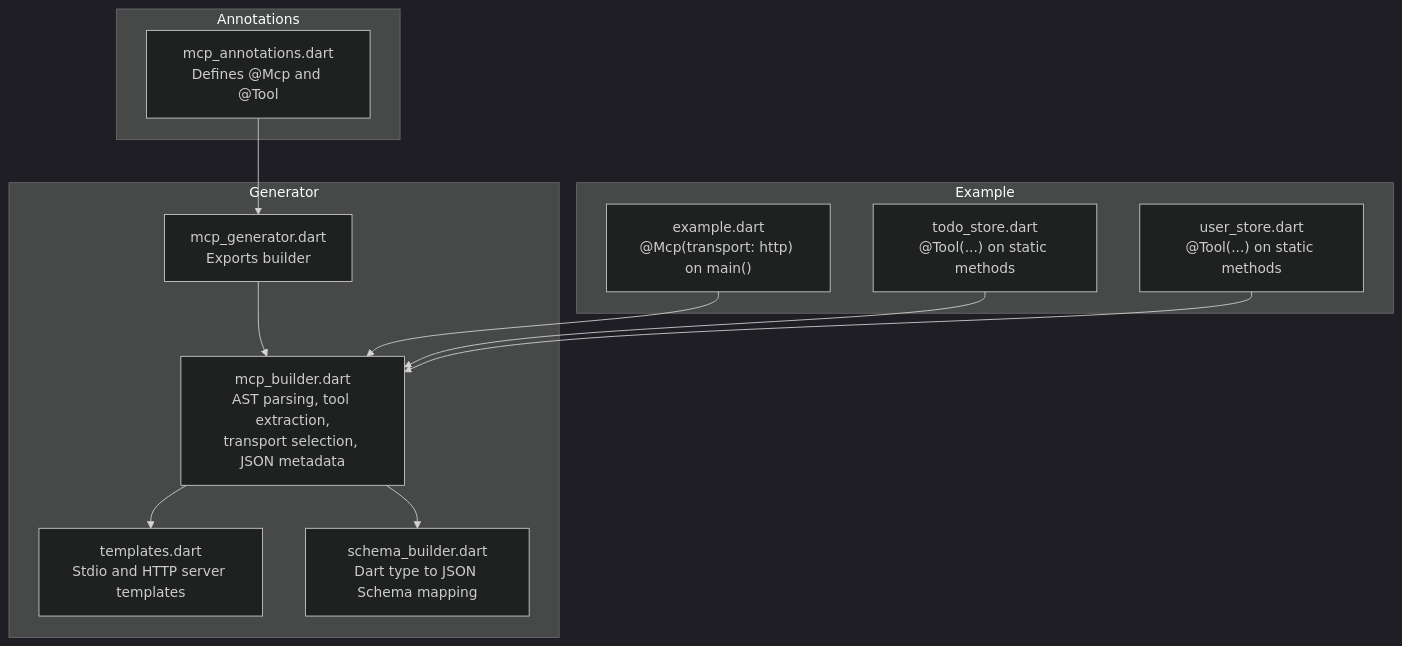
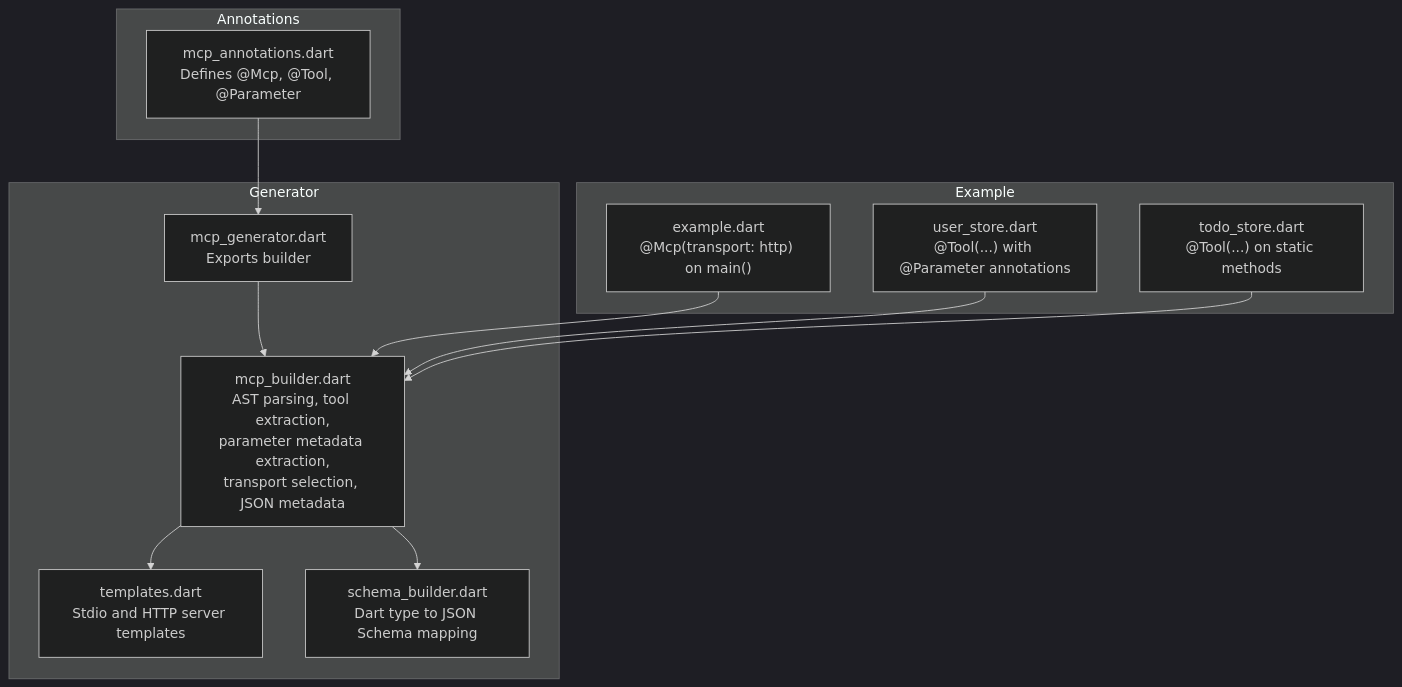
One commit to cdavis-code/easy_mcp_workspace changed the first of 3 diagrams in .qoder/repowiki/en/content/Annotations Reference/Annotations Reference.md. Above: the diagram before and after it, drawn with Mermaid (dark theme). The commit also changed other lines of this file and 4 other files, not shown here.

````diff
--- a/.qoder/repowiki/en/content/Annotations Reference/Annotations Reference.md
+++ b/.qoder/repowiki/en/content/Annotations Reference/Annotations Reference.md
@@ -44,24 +58,24 @@
 ```mermaid
 graph TB
 subgraph "Annotations"
-A["mcp_annotations.dart<br/>Defines @Mcp and @Tool"]
+A["mcp_annotations.dart<br/>Defines @Mcp, @Tool, @Parameter"]
 end
 subgraph "Generator"
 B["mcp_generator.dart<br/>Exports builder"]
-C["mcp_builder.dart<br/>AST parsing, tool extraction,<br/>transport selection, JSON metadata"]
+C["mcp_builder.dart<br/>AST parsing, tool extraction,<br/>parameter metadata extraction,<br/>transport selection, JSON metadata"]
 D["templates.dart<br/>Stdio and HTTP server templates"]
 E["schema_builder.dart<br/>Dart type to JSON Schema mapping"]
 end
 subgraph "Example"
 F["example.dart<br/>@Mcp(transport: http) on main()"]
-G["todo_store.dart<br/>@Tool(...) on static methods"]
-H["user_store.dart<br/>@Tool(...) on static methods"]
+G["user_store.dart<br/>@Tool(...) with @Parameter annotations"]
+H["todo_store.dart<br/>@Tool(...) on static methods"]
 end
 A --> B
 B --> C
 C --> D
 C --> E
 F --> C
 G --> C
 H --> C
 ```
````
